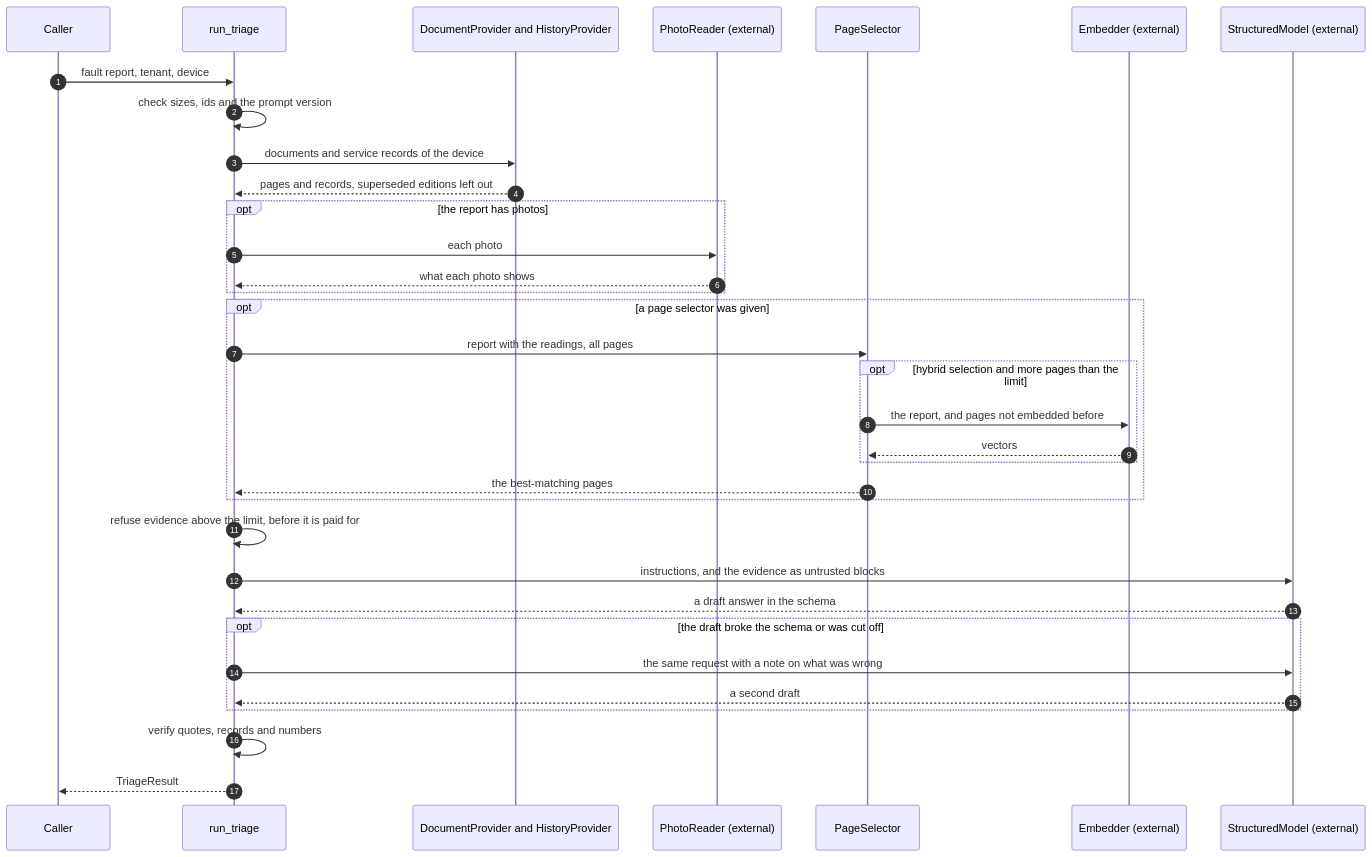
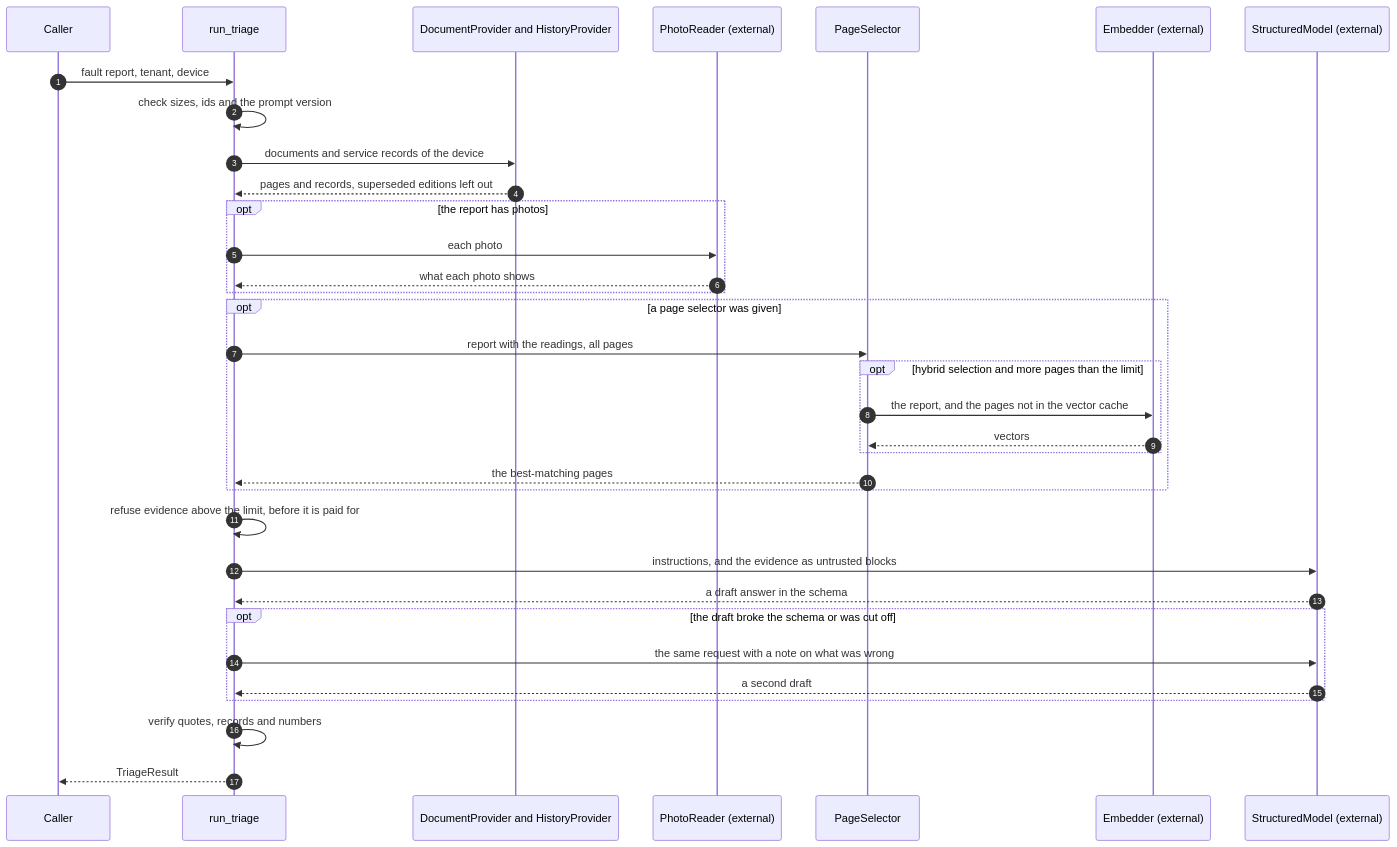
Before and after one commit to tnastalyai/machine-fault-triage: the second of 3 diagrams in docs/architecture.md, drawn with Mermaid. The commit also changed other lines of this file, not shown here.

First line of the commit message:
docs: correct what the architecture page says about measuring and embedding

````diff
--- a/docs/architecture.md
+++ b/docs/architecture.md
@@ -28,37 +28,37 @@
 ```mermaid
 sequenceDiagram
     autonumber
     participant caller as Caller
     participant core as run_triage
     participant store as DocumentProvider and HistoryProvider
     participant reader as PhotoReader (external)
     participant selector as PageSelector
     participant embedder as Embedder (external)
     participant model as StructuredModel (external)
 
     caller->>core: fault report, tenant, device
     core->>core: check sizes, ids and the prompt version
     core->>store: documents and service records of the device
     store-->>core: pages and records, superseded editions left out
     opt the report has photos
         core->>reader: each photo
         reader-->>core: what each photo shows
     end
     opt a page selector was given
         core->>selector: report with the readings, all pages
         opt hybrid selection and more pages than the limit
-            selector->>embedder: the report, and pages not embedded before
+            selector->>embedder: the report, and the pages not in the vector cache
             embedder-->>selector: vectors
         end
         selector-->>core: the best-matching pages
     end
     core->>core: refuse evidence above the limit, before it is paid for
     core->>model: instructions, and the evidence as untrusted blocks
     model-->>core: a draft answer in the schema
     opt the draft broke the schema or was cut off
         core->>model: the same request with a note on what was wrong
         model-->>core: a second draft
     end
     core->>core: verify quotes, records and numbers
     core-->>caller: TriageResult
 ```
````
